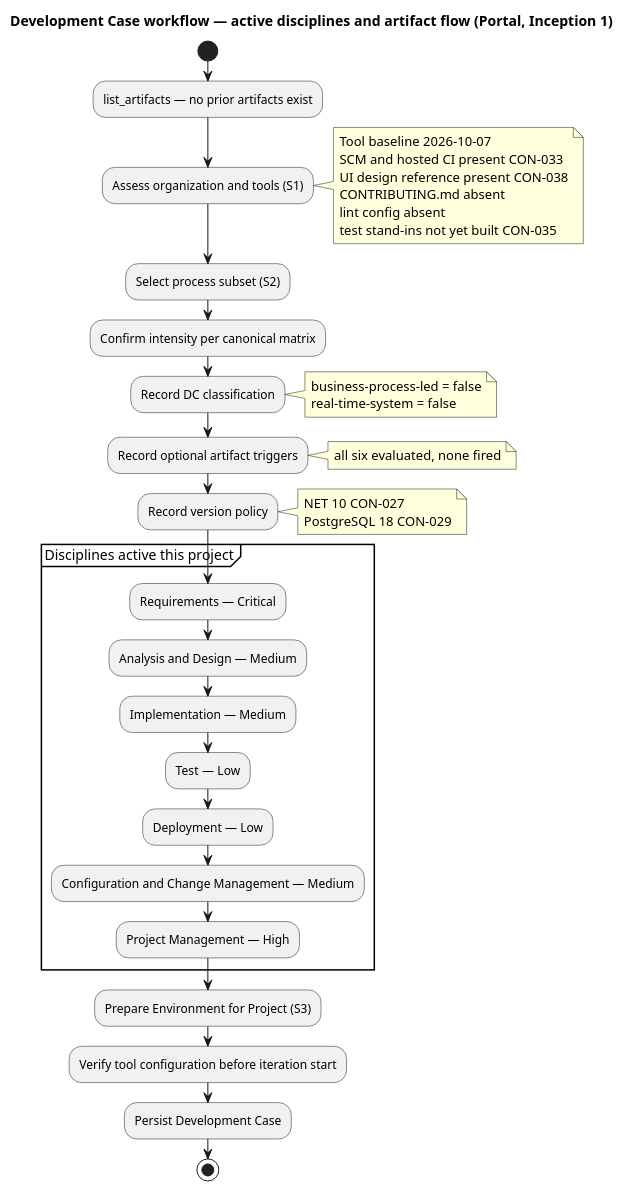
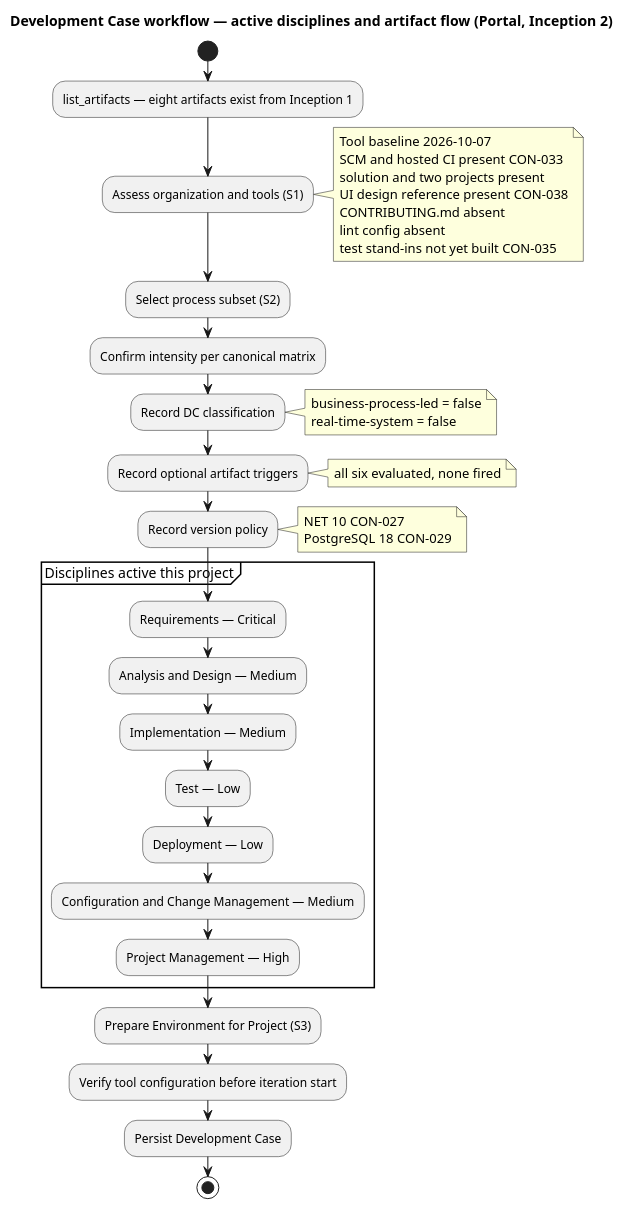
One commit to banense-test/portal changed the second of 6 diagrams in docs/artifacts/environment/development-case.md. Above: the diagram before and after it, drawn with PlantUML.

Commit message:
Process Engineer [I2]: upsert Development Case
[skip ci]

````diff
--- a/docs/artifacts/environment/development-case.md
+++ b/docs/artifacts/environment/development-case.md
@@ -148,49 +148,50 @@
 ```plantuml
 @startuml
-title Development Case workflow — active disciplines and artifact flow (Portal, Inception 1)
+title Development Case workflow — active disciplines and artifact flow (Portal, Inception 2)
 
 start
-:list_artifacts — no prior artifacts exist;
+:list_artifacts — eight artifacts exist from Inception 1;
 :Assess organization and tools (S1);
 note right
   Tool baseline 2026-10-07
   SCM and hosted CI present CON-033
+  solution and two projects present
   UI design reference present CON-038
   CONTRIBUTING.md absent
   lint config absent
   test stand-ins not yet built CON-035
 end note
 
 :Select process subset (S2);
 :Confirm intensity per canonical matrix;
 :Record DC classification;
 note right
   business-process-led = false
   real-time-system = false
 end note
 :Record optional artifact triggers;
 note right
   all six evaluated, none fired
 end note
 :Record version policy;
 note right
   NET 10 CON-027
   PostgreSQL 18 CON-029
 end note
 
 partition "Disciplines active this project" {
   :Requirements — Critical;
   :Analysis and Design — Medium;
   :Implementation — Medium;
   :Test — Low;
   :Deployment — Low;
   :Configuration and Change Management — Medium;
   :Project Management — High;
 }
 
 :Prepare Environment for Project (S3);
 :Verify tool configuration before iteration start;
 :Persist Development Case;
 stop
 @enduml
 ```
````
